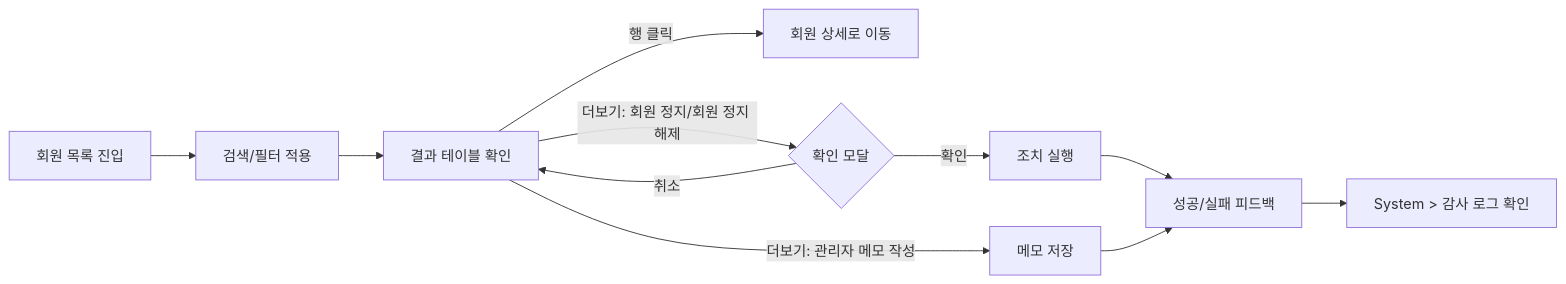
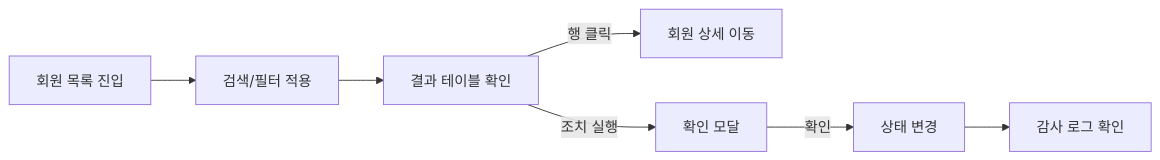
Before and after one commit to blackstarzck/topik-ai: the first of 5 diagrams in docs/specs/admin-page-flows-mermaid.md, drawn with Mermaid. The commit also changed other lines of this file and 26 other files, not shown here.

````diff
--- a/docs/specs/admin-page-flows-mermaid.md
+++ b/docs/specs/admin-page-flows-mermaid.md
@@ -30,13 +10,9 @@
 ```mermaid
 flowchart LR
-  A[회원 목록 진입] --> B[검색/필터 적용]
-  B --> C[결과 테이블 확인]
-  C -->|행 클릭| E[회원 상세로 이동]
-  C -->|더보기: 회원 정지/회원 정지 해제| F{확인 모달}
-  C -->|더보기: 관리자 메모 작성| G[메모 저장]
-  F -->|확인| H[조치 실행]
-  F -->|취소| C
-  H --> I[성공/실패 피드백]
-  G --> I
-  I --> J[System > 감사 로그 확인]
+  A["회원 목록 진입"] --> B["검색/필터 적용"]
+  B --> C["결과 테이블 확인"]
+  C -->|"행 클릭"| D["회원 상세 이동"]
+  C -->|"조치 실행"| E["확인 모달"]
+  E -->|"확인"| F["상태 변경"]
+  F --> G["감사 로그 확인"]
 ```
````
